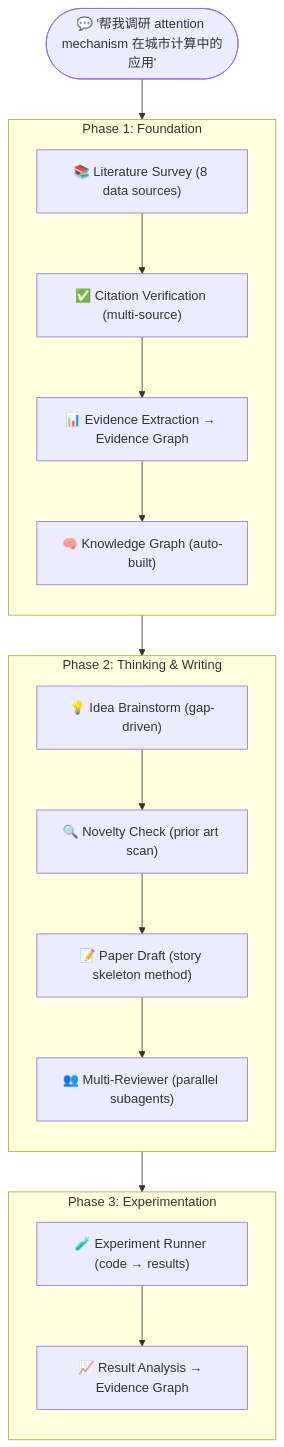
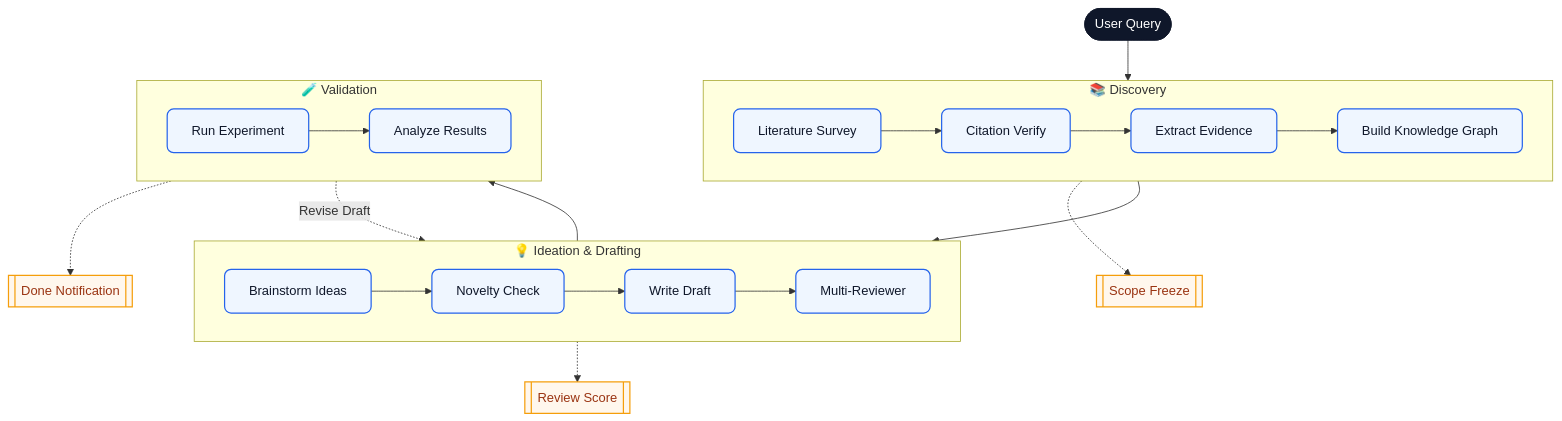
Before and after one commit to ChunqiGuo02/NeXus: the diagram in README.md, drawn with Mermaid. The commit also changed other lines of this file, not shown here.

````diff
--- a/README.md
+++ b/README.md
@@ -24,37 +24,32 @@
 ```mermaid
 flowchart TD
-    Query(["💬 '帮我调研 attention mechanism 在城市计算中的应用'"])
+    classDef entry fill:#0f172a,color:#ffffff,stroke:#0f172a,stroke-width:1px,rx:10,ry:10
+    classDef step fill:#eff6ff,stroke:#2563eb,stroke-width:1.5px,rx:8,ry:8,color:#0f172a
+    classDef note fill:#fff7ed,stroke:#f59e0b,stroke-width:1.5px,rx:8,ry:8,color:#9a3412
 
-    subgraph P1 ["Phase 1: Foundation"]
-        direction TB
-        S["📚 Literature Survey (8 data sources)"]
-        V["✅ Citation Verification (multi-source)"]
-        E["📊 Evidence Extraction → Evidence Graph"]
-        K["🧠 Knowledge Graph (auto-built)"]
-        S --> V
-        V --> E
-        E --> K
+    U(["User Query"]):::entry
+
+    subgraph P1["📚 Discovery"]
+        direction LR
+        S["Literature Survey"]:::step --> V["Citation Verify"]:::step --> E["Extract Evidence"]:::step --> K["Build Knowledge Graph"]:::step
     end
 
-    subgraph P2 ["Phase 2: Thinking & Writing"]
-        direction TB
-        B["💡 Idea Brainstorm (gap-driven)"]
-        N["🔍 Novelty Check (prior art scan)"]
-        D["📝 Paper Draft (story skeleton method)"]
-        M["👥 Multi-Reviewer (parallel subagents)"]
-        B --> N
-        N --> D
-        D --> M
+    subgraph P2["💡 Ideation & Drafting"]
+        direction LR
+        B["Brainstorm Ideas"]:::step --> N["Novelty Check"]:::step --> D["Write Draft"]:::step --> M["Multi-Reviewer"]:::step
     end
 
-    subgraph P3 ["Phase 3: Experimentation"]
-        direction TB
-        R["🧪 Experiment Runner (code → results)"]
-        A["📈 Result Analysis → Evidence Graph"]
-        R --> A
+    subgraph P3["🧪 Validation"]
+        direction LR
+        R["Run Experiment"]:::step --> A["Analyze Results"]:::step
     end
 
-    Query --> P1
-    P1 --> P2
-    P2 --> P3
+    U --> S
+    K --> B
+    M --> R
+    A -. "Revise Draft" .-> D
+
+    K -.-> N1[["Scope Freeze"]]:::note
+    M -.-> N2[["Review Score"]]:::note
+    A -.-> N3[["Done Notification"]]:::note
 ```
````
